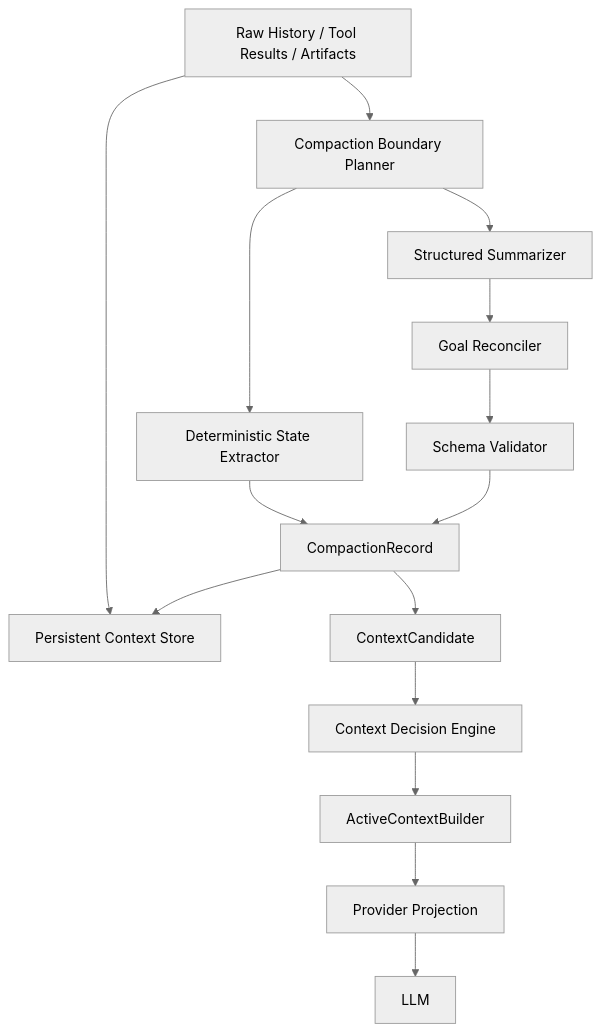
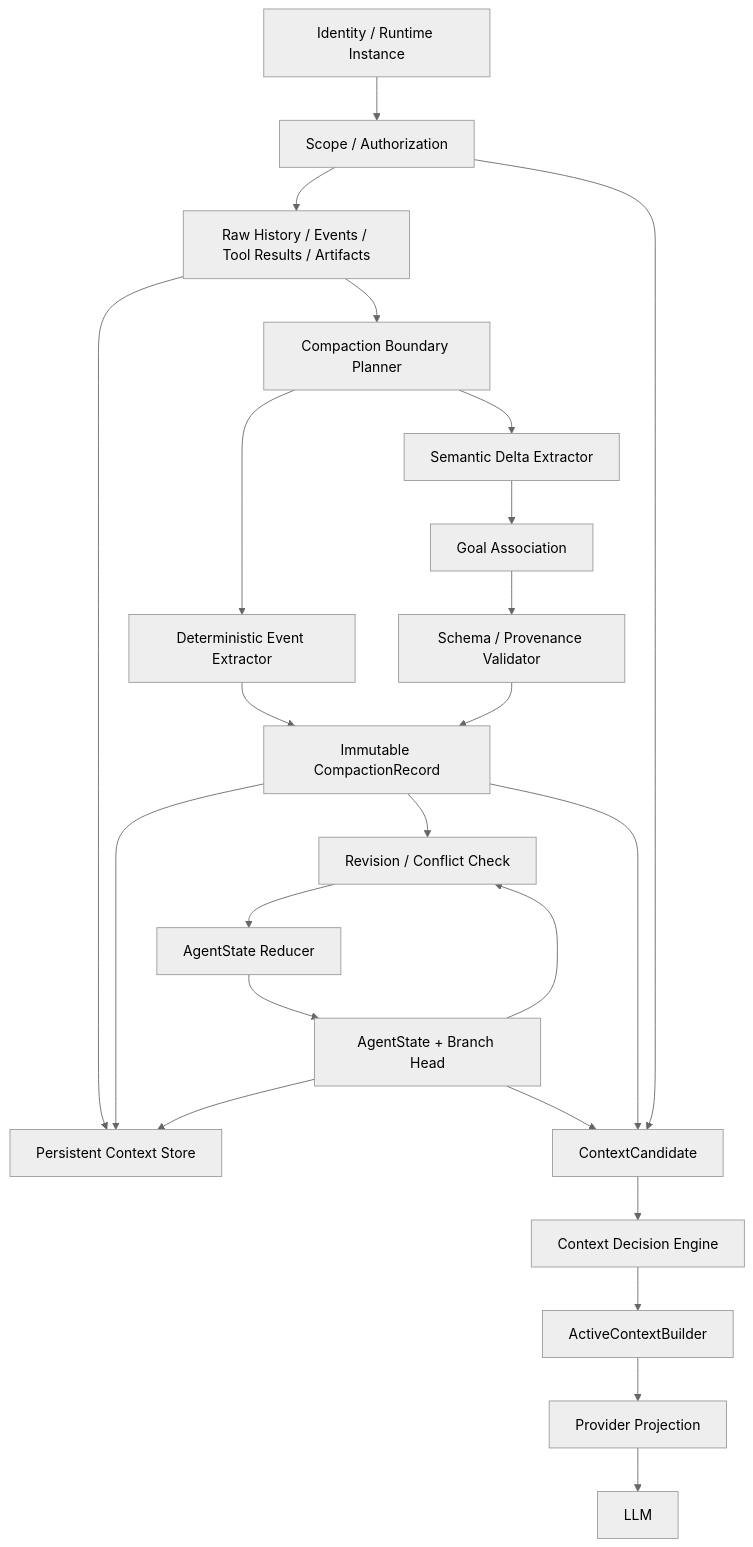
Before and after one commit to awaku7/agentcli: the diagram in docs/UAG_STRUCTURED_COMPACTION_DESIGN.md, drawn with Mermaid (neutral theme). The commit also changed other lines of this file, not shown here.

Commit message:
docs: define branch heads identity and recovery semantics

```diff
--- a/docs/UAG_STRUCTURED_COMPACTION_DESIGN.md
+++ b/docs/UAG_STRUCTURED_COMPACTION_DESIGN.md
@@ -244,31 +250,45 @@
 ~~~mermaid
 flowchart TD
-    RAW[Raw History / Tool Results / Artifacts]
+    ID[Identity / Runtime Instance]
+    AUTH[Scope / Authorization]
+    RAW[Raw History / Events / Tool Results / Artifacts]
+    STORE[Persistent Context Store]
     BOUNDARY[Compaction Boundary Planner]
-    EXTRACT[Deterministic State Extractor]
-    SUMMARIZE[Structured Summarizer]
-    RECONCILE[Goal Reconciler]
-    VALIDATE[Schema Validator]
-    RECORD[CompactionRecord]
-    STORE[Persistent Context Store]
+    DEX[Deterministic Event Extractor]
+    SEM[Semantic Delta Extractor]
+    ASSOC[Goal Association]
+    VALIDATE[Schema / Provenance Validator]
+    RECORD[Immutable CompactionRecord]
+    CONFLICT[Revision / Conflict Check]
+    REDUCER[AgentState Reducer]
+    STATE[AgentState + Branch Head]
     CANDIDATE[ContextCandidate]
     DECISION[Context Decision Engine]
     ACTIVE[ActiveContextBuilder]
     PROJECTION[Provider Projection]
     LLM[LLM]
 
+    ID --> AUTH
+    AUTH --> RAW
     RAW --> STORE
     RAW --> BOUNDARY
-    BOUNDARY --> EXTRACT
-    BOUNDARY --> SUMMARIZE
-    EXTRACT --> RECORD
-    SUMMARIZE --> RECONCILE
-    RECONCILE --> VALIDATE
+    BOUNDARY --> DEX
+    BOUNDARY --> SEM
+    SEM --> ASSOC
+    DEX --> RECORD
+    ASSOC --> VALIDATE
     VALIDATE --> RECORD
     RECORD --> STORE
+    RECORD --> CONFLICT
+    STATE --> CONFLICT
+    CONFLICT --> REDUCER
+    REDUCER --> STATE
+    STATE --> STORE
     RECORD --> CANDIDATE
+    STATE --> CANDIDATE
+    AUTH --> CANDIDATE
     CANDIDATE --> DECISION
     DECISION --> ACTIVE
     ACTIVE --> PROJECTION
     PROJECTION --> LLM
 ~~~
```
